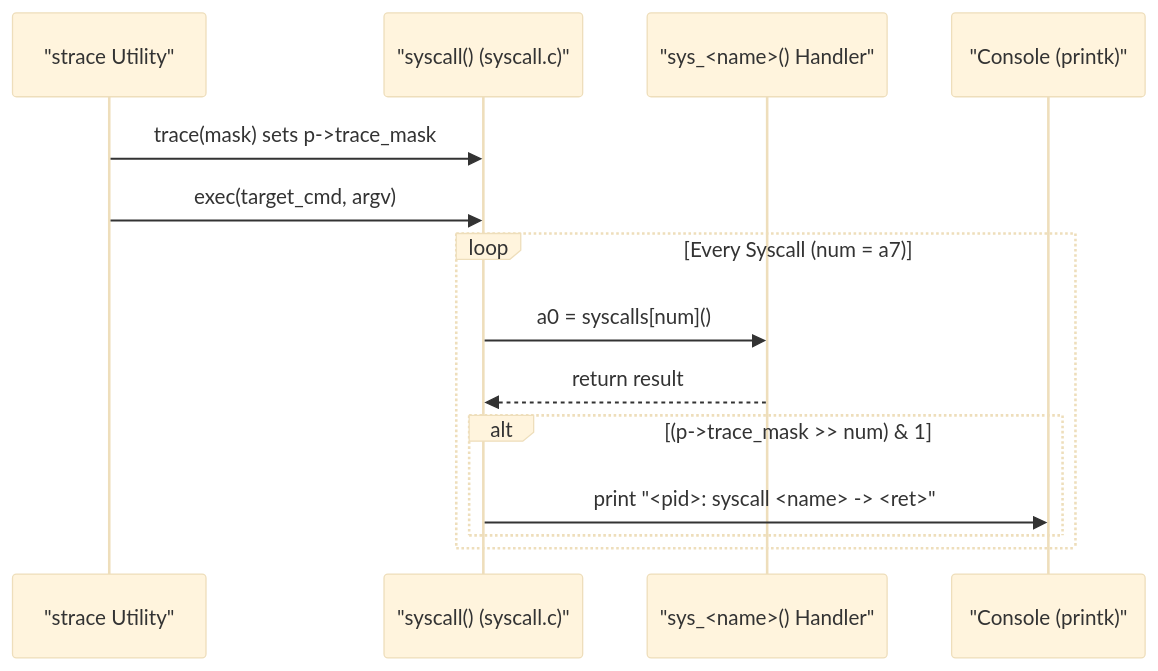
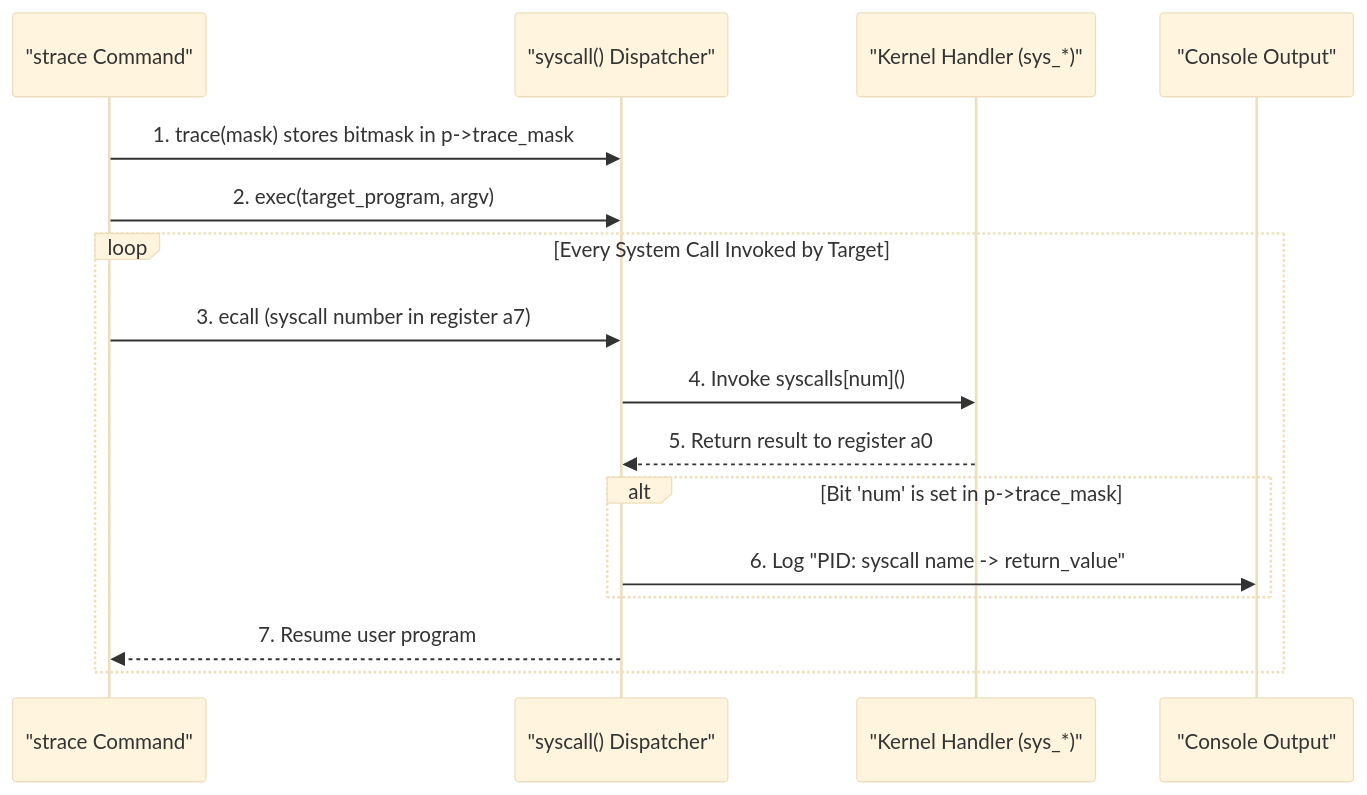
One commit to asbahkhan67-ctrl/xv6-riscv changed the seventh of 21 diagrams in README.md. Above: the diagram before and after it, drawn with Mermaid (base theme). The commit also changed other lines of this file, not shown here.

````diff
--- a/README.md
+++ b/README.md
@@ -276,17 +360,19 @@
 ```mermaid
 sequenceDiagram
-    participant ST as "strace Utility"
-    participant K as "syscall() (syscall.c)"
-    participant H as "sys_<name>() Handler"
-    participant C as "Console (printk)"
+    participant User as "strace Command"
+    participant Disp as "syscall() Dispatcher"
+    participant Hand as "Kernel Handler (sys_*)"
+    participant Cons as "Console Output"
 
-    ST->>K: trace(mask) sets p->trace_mask
-    ST->>K: exec(target_cmd, argv)
-    loop Every Syscall (num = a7)
-        K->>H: a0 = syscalls[num]()
-        H-->>K: return result
-        alt (p->trace_mask >> num) & 1
-            K->>C: print "<pid>: syscall <name> -> <ret>"
+    User->>Disp: 1. trace(mask) stores bitmask in p->trace_mask
+    User->>Disp: 2. exec(target_program, argv)
+    loop Every System Call Invoked by Target
+        User->>Disp: 3. ecall (syscall number in register a7)
+        Disp->>Hand: 4. Invoke syscalls[num]()
+        Hand-->>Disp: 5. Return result to register a0
+        alt Bit 'num' is set in p->trace_mask
+            Disp->>Cons: 6. Log "PID: syscall name -> return_value"
         end
+        Disp-->>User: 7. Resume user program
     end
 ```
````
